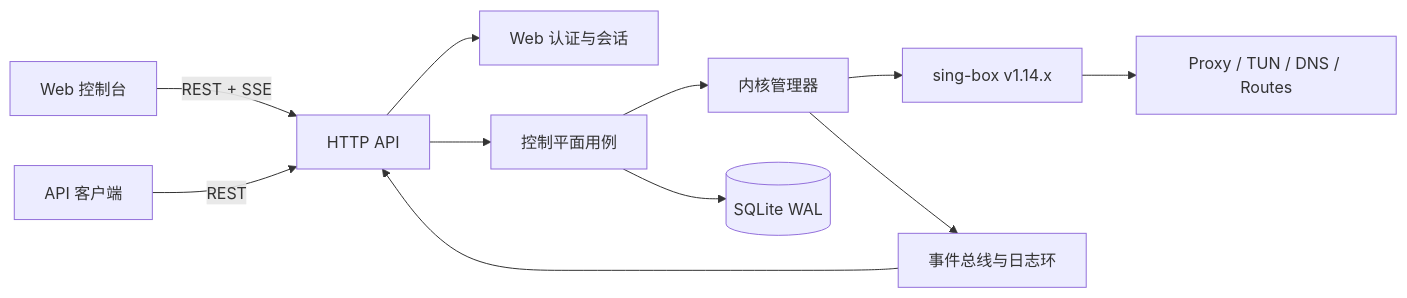
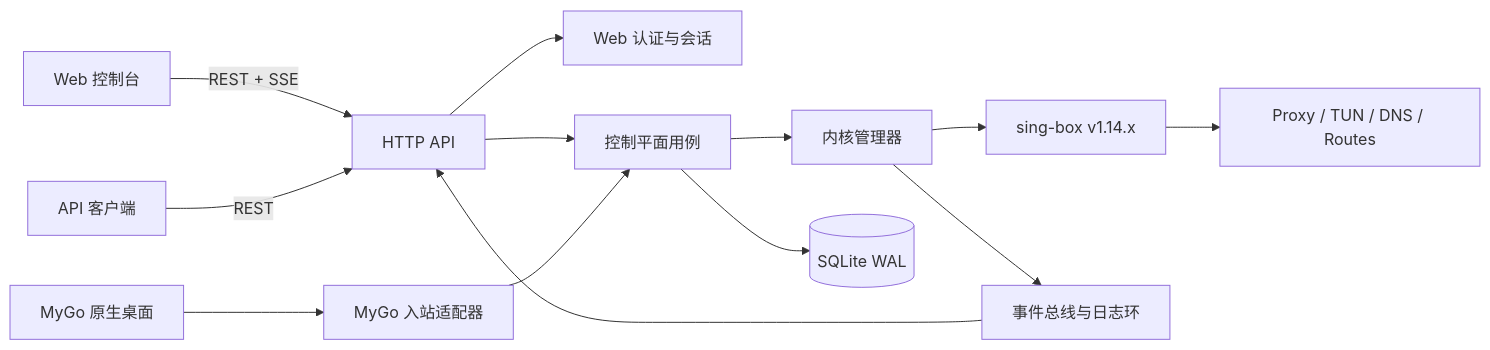
Before and after one commit to xuthus5/boxd: the diagram in README.md, drawn with Mermaid. The commit also changed other lines of this file and 57 other files, not shown here.

````diff
--- a/README.md
+++ b/README.md
@@ -104,13 +118,15 @@
 ```mermaid
 flowchart LR
     Browser[Web 控制台] -->|REST + SSE| HTTP[HTTP API]
     Client[API 客户端] -->|REST| HTTP
+    Desktop[MyGo 原生桌面] --> MyGo[MyGo 入站适配器]
     HTTP --> WebAuth[Web 认证与会话]
     HTTP --> Control[控制平面用例]
+    MyGo --> Control
     Control --> Manager[内核管理器]
     Control --> SQLite[(SQLite WAL)]
     Manager --> Engine[sing-box v1.14.x]
     Engine --> Network[Proxy / TUN / DNS / Routes]
     Manager --> Events[事件总线与日志环]
     Events --> HTTP
 ```
````
